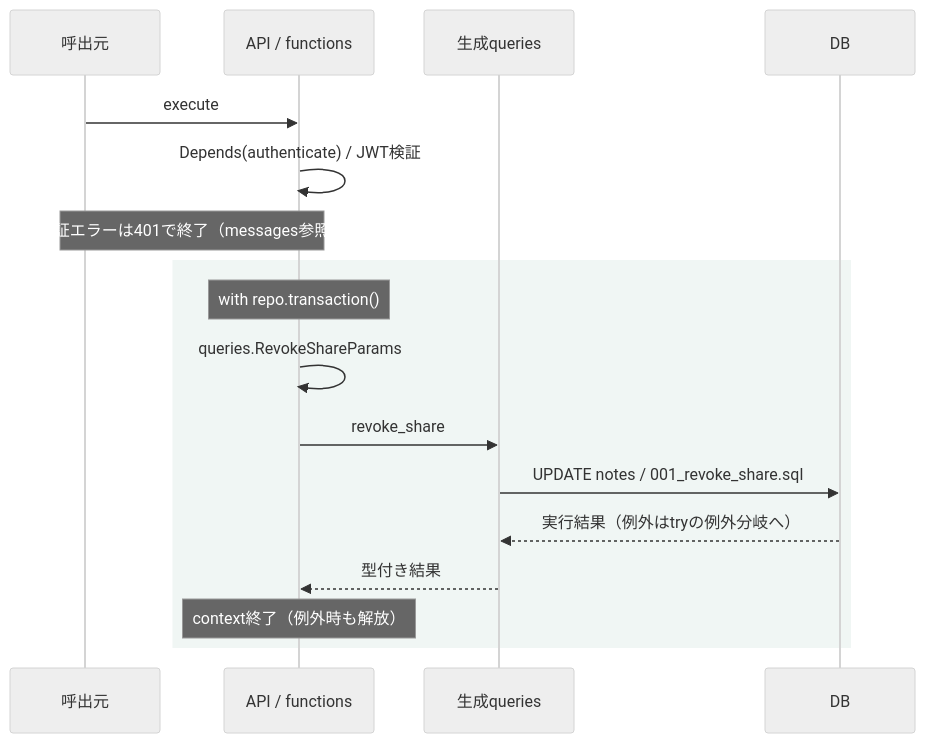
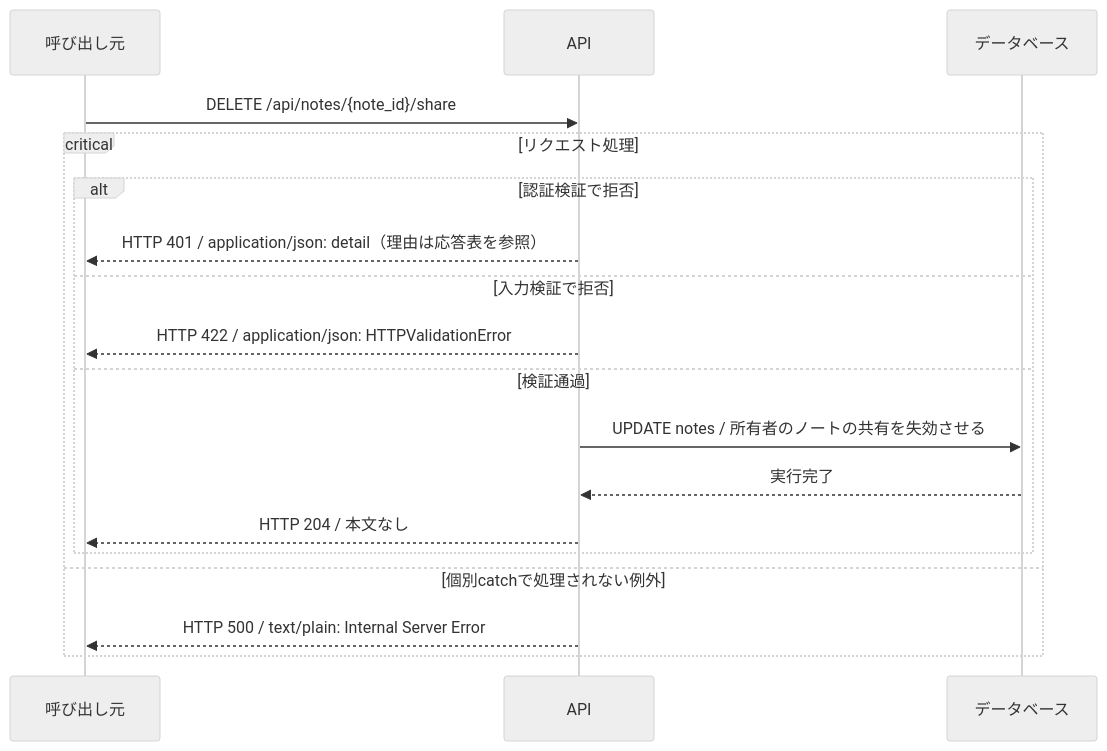
Before and after one commit to tsuji-tomonori/CornellNoteWebv2: the diagram in docs/generated/apis/revoke_share/sequence.gen.md, drawn with Mermaid (neutral theme). The commit also changed other lines of this file and 30 other files, not shown here.

First line of the commit message:
📝 docs(sequence): API・DB・呼出元の分岐とHTTP応答を明確にする

````diff
--- a/docs/generated/apis/revoke_share/sequence.gen.md
+++ b/docs/generated/apis/revoke_share/sequence.gen.md
@@ -13,19 +22,20 @@
 ```mermaid
 sequenceDiagram
-    participant C as 呼出元
-    participant A as API / functions
-    participant Q as 生成queries
-    participant D as DB
-    C->>A: execute
-    A->>A: Depends(authenticate) / JWT検証
-    Note over C,A: 認証エラーは401で終了（messages参照）
-    rect rgb(240, 246, 244)
-    Note over A: with repo.transaction()
-    A->>A: queries.RevokeShareParams
-    A->>Q: revoke_share
-    Q->>D: UPDATE notes / 001_revoke_share.sql
-    D-->>Q: 実行結果（例外はtryの例外分岐へ）
-    Q-->>A: 型付き結果
-    Note over A: context終了（例外時も解放）
+    participant C as 呼び出し元
+    participant A as API
+    participant D as データベース
+    C->>A: DELETE /api/notes/{note_id}/share
+    critical リクエスト処理
+    alt 認証検証で拒否
+    A-->>C: HTTP 401 / application/json: detail（理由は応答表を参照）
+    else 入力検証で拒否
+    A-->>C: HTTP 422 / application/json: HTTPValidationError
+    else 検証通過
+    A->>D: UPDATE notes / 所有者のノートの共有を失効させる
+    D-->>A: 実行完了
+    A-->>C: HTTP 204 / 本文なし
+    end
+    option 個別catchで処理されない例外
+    A-->>C: HTTP 500 / text/plain: Internal Server Error
     end
 ```
````
